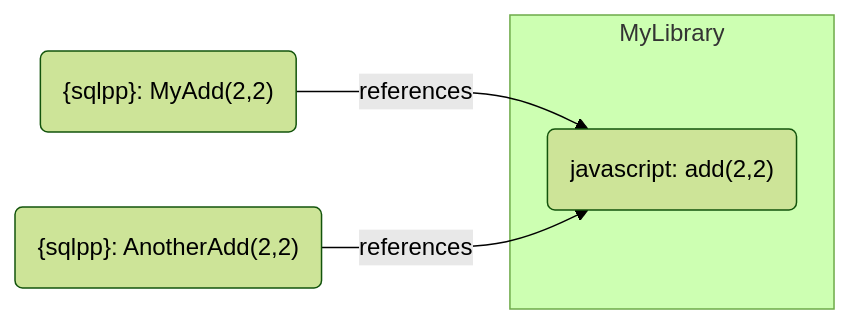
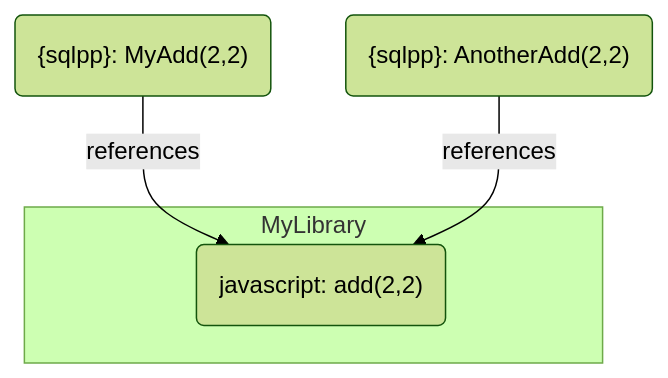
The first of 3 diagrams in modules/guides/partials/javascript-udfs/diagrams.adoc (couchbase/docs-server), drawn with Mermaid (forest theme) before and after one commit. The commit also changed 1 other file, not shown here.

Commit message:
Changing diagrams to a vertical layout.

```diff
--- a/modules/guides/partials/javascript-udfs/diagrams.adoc
+++ b/modules/guides/partials/javascript-udfs/diagrams.adoc
@@ -2,12 +2,12 @@
 [mermaid, subs="attributes"]
 ----
-flowchart LR
+flowchart
     slqpp1("{sqlpp}: MyAdd(2,2)")   
     slqpp2("{sqlpp}: AnotherAdd(2,2)") 
     subgraph MyLibrary
       jfunction("javascript: add(2,2)")
     end
     
     slqpp1 --references--> jfunction
     slqpp2 --references--> jfunction
 ----
```
